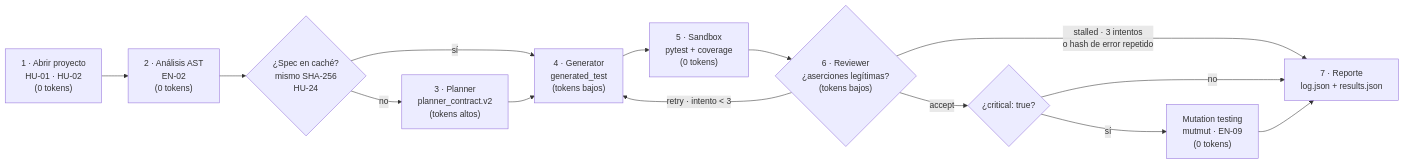
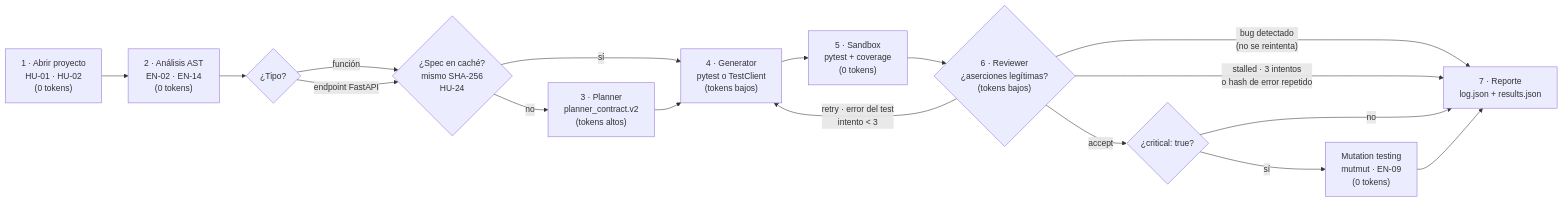
Before and after one commit to AngelOncoy/QAgent: the fourth of 9 diagrams in docs/arquitectura.md, drawn with Mermaid. The commit also changed other lines of this file, not shown here.

````diff
--- a/docs/arquitectura.md
+++ b/docs/arquitectura.md
@@ -97,16 +182,20 @@
 ```mermaid
 flowchart LR
-    A["1 · Abrir proyecto<br/>HU-01 · HU-02<br/>(0 tokens)"] --> B["2 · Análisis AST<br/>EN-02<br/>(0 tokens)"]
-    B --> C{"¿Spec en caché?<br/>mismo SHA-256<br/>HU-24"}
+    A["1 · Abrir proyecto<br/>HU-01 · HU-02<br/>(0 tokens)"] --> B["2 · Análisis AST<br/>EN-02 · EN-14<br/>(0 tokens)"]
+    B --> T{"¿Tipo?"}
+    T -->|función| C
+    T -->|endpoint FastAPI| C
+    C{"¿Spec en caché?<br/>mismo SHA-256<br/>HU-24"}
     C -->|sí| D
     C -->|no| P["3 · Planner<br/>planner_contract.v2<br/>(tokens altos)"]
-    P --> D["4 · Generator<br/>generated_test<br/>(tokens bajos)"]
+    P --> D["4 · Generator<br/>pytest o TestClient<br/>(tokens bajos)"]
     D --> E["5 · Sandbox<br/>pytest + coverage<br/>(0 tokens)"]
     E --> F{"6 · Reviewer<br/>¿aserciones legítimas?<br/>(tokens bajos)"}
-    F -->|"retry · intento < 3"| D
+    F -->|"retry · error del test<br/>intento < 3"| D
+    F -->|"bug detectado<br/>(no se reintenta)"| R
     F -->|accept| G{"¿critical: true?"}
     F -->|"stalled · 3 intentos<br/>o hash de error repetido"| R
     G -->|sí| M["Mutation testing<br/>mutmut · EN-09<br/>(0 tokens)"]
     G -->|no| R["7 · Reporte<br/>log.json + results.json"]
     M --> R
 ```
````
